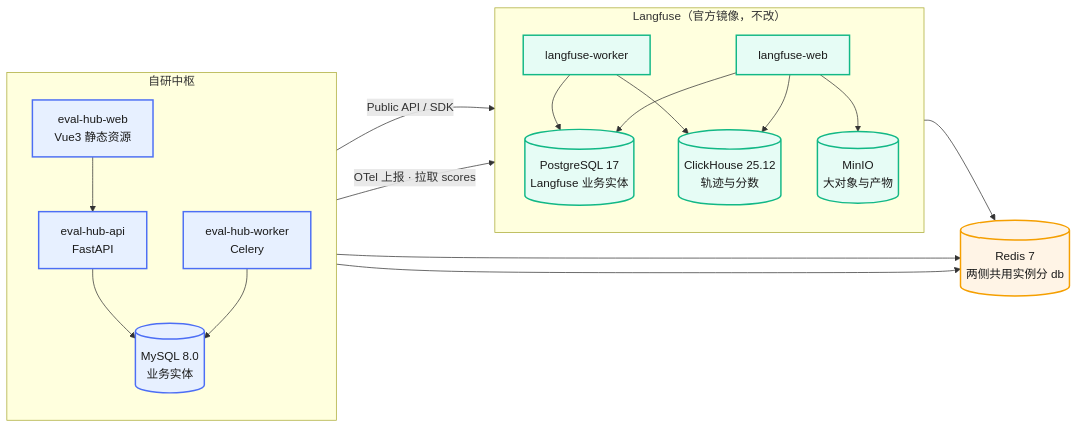
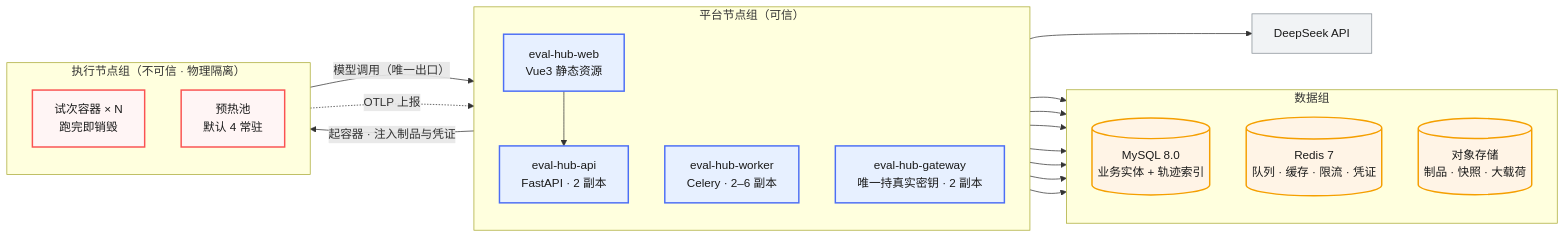
One commit to kuangaiyong/agent_evaluation changed the second of 4 diagrams in 平台PRD/智能体评测平台PRD.md. Above: the diagram before and after it, drawn with Mermaid. The commit also changed other lines of this file and 3 other files, not shown here.

````diff
--- a/平台PRD/智能体评测平台PRD.md
+++ b/平台PRD/智能体评测平台PRD.md
@@ -271,42 +289,47 @@
 ```mermaid
 flowchart LR
-    subgraph SELF["自研中枢"]
+    subgraph PLAT["平台节点组（可信）"]
         direction TB
-        A1["eval-hub-api<br/>FastAPI"]
-        A2["eval-hub-worker<br/>Celery"]
+        A1["eval-hub-api<br/>FastAPI · 2 副本"]
+        A2["eval-hub-worker<br/>Celery · 2–6 副本"]
         A3["eval-hub-web<br/>Vue3 静态资源"]
-        A4[("MySQL 8.0<br/>业务实体")]
+        A5["eval-hub-gateway<br/>唯一持真实密钥 · 2 副本"]
     end
 
-    subgraph LFD["Langfuse（官方镜像，不改）"]
+    subgraph EXEC["执行节点组（不可信 · 物理隔离）"]
         direction TB
-        B1["langfuse-web"]
-        B2["langfuse-worker"]
-        B3[("PostgreSQL 17<br/>Langfuse 业务实体")]
-        B4[("ClickHouse 25.12<br/>轨迹与分数")]
-        B5[("MinIO<br/>大对象与产物")]
+        E1["试次容器 × N<br/>跑完即销毁"]
+        E2["预热池<br/>默认 4 常驻"]
     end
 
-    C1[("Redis 7<br/>两侧共用实例分 db")]
+    subgraph DATA["数据组"]
+        direction TB
+        D1[("MySQL 8.0<br/>业务实体 + 轨迹索引")]
+        D2[("Redis 7<br/>队列 · 缓存 · 限流 · 凭证")]
+        D3[("对象存储<br/>制品 · 快照 · 大载荷")]
+    end
 
-    A1 --> A4
-    A1 --> C1
-    A2 --> A4
-    A2 --> C1
+    X1["DeepSeek API"]
+
     A3 --> A1
-    A1 -->|"Public API / SDK"| B1
-    A2 -->|"OTel 上报 · 拉取 scores"| B1
-    B1 --> B3
-    B1 --> B4
-    B1 --> B5
-    B2 --> B3
-    B2 --> B4
-    B2 --> C1
+    A1 --> D1
+    A1 --> D2
+    A1 --> D3
+    A2 --> D1
+    A2 --> D2
+    A2 --> D3
+    A2 -->|"起容器 · 注入制品与凭证"| EXEC
+    EXEC -->|"模型调用（唯一出口）"| A5
+    A5 --> X1
+    A5 --> D1
+    EXEC -.->|"OTLP 上报"| A1
 
     classDef self fill:#E7F0FF,stroke:#4C6EF5,stroke-width:2px,color:#1A1A1A
-    classDef lf fill:#E6FCF5,stroke:#12B886,stroke-width:2px,color:#1A1A1A
-    classDef shared fill:#FFF4E6,stroke:#F59F00,stroke-width:2px,color:#1A1A1A
-    class A1,A2,A3,A4 self
-    class B1,B2,B3,B4,B5 lf
-    class C1 shared
+    classDef un fill:#FFF5F5,stroke:#FA5252,stroke-width:2px,color:#1A1A1A
+    classDef store fill:#FFF4E6,stroke:#F59F00,stroke-width:2px,color:#1A1A1A
+    classDef ext fill:#F1F3F5,stroke:#868E96,color:#1A1A1A
+    class A1,A2,A3,A5 self
+    class E1,E2 un
+    class D1,D2,D3 store
+    class X1 ext
 ```
````
